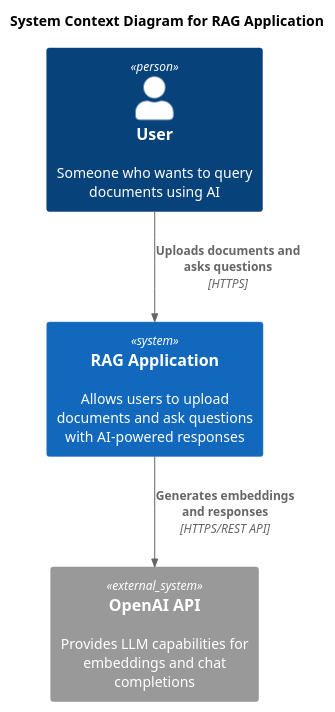
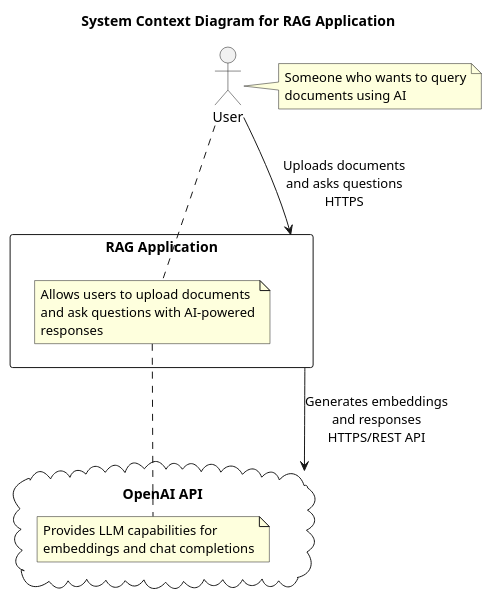
One commit to aselai-cpu/RAG changed the diagram in docs/architecture/c4_system_context.puml. Above: the diagram before and after it, drawn with PlantUML. The commit also changed 3 other files, not shown here.

```diff
--- a/docs/architecture/c4_system_context.puml
+++ b/docs/architecture/c4_system_context.puml
@@ -1,15 +1,35 @@
 @startuml C4_Context
-!include https://raw.githubusercontent.com/plantuml-stdlib/C4-PlantUML/master/C4_Context.puml
+' Using basic PlantUML syntax for compatibility with older versions
+' If you need C4 styling, update PlantUML to version 1.2021.6 or later
+
+skinparam packageStyle rectangle
+skinparam componentStyle rectangle
 
 title System Context Diagram for RAG Application
 
-Person(user, "User", "Someone who wants to query documents using AI")
+actor User as user
 
-System(rag_system, "RAG Application", "Allows users to upload documents and ask questions with AI-powered responses")
+rectangle "RAG Application" as rag_system {
+  note right
+    Allows users to upload documents
+    and ask questions with AI-powered
+    responses
+  end note
+}
 
-System_Ext(openai, "OpenAI API", "Provides LLM capabilities for embeddings and chat completions")
+cloud "OpenAI API" as openai {
+  note right
+    Provides LLM capabilities for
+    embeddings and chat completions
+  end note
+}
 
-Rel(user, rag_system, "Uploads documents and asks questions", "HTTPS")
-Rel(rag_system, openai, "Generates embeddings and responses", "HTTPS/REST API")
+user --> rag_system : Uploads documents\nand asks questions\nHTTPS
+rag_system --> openai : Generates embeddings\nand responses\nHTTPS/REST API
+
+note right of user
+  Someone who wants to query
+  documents using AI
+end note
 
 @enduml
```
